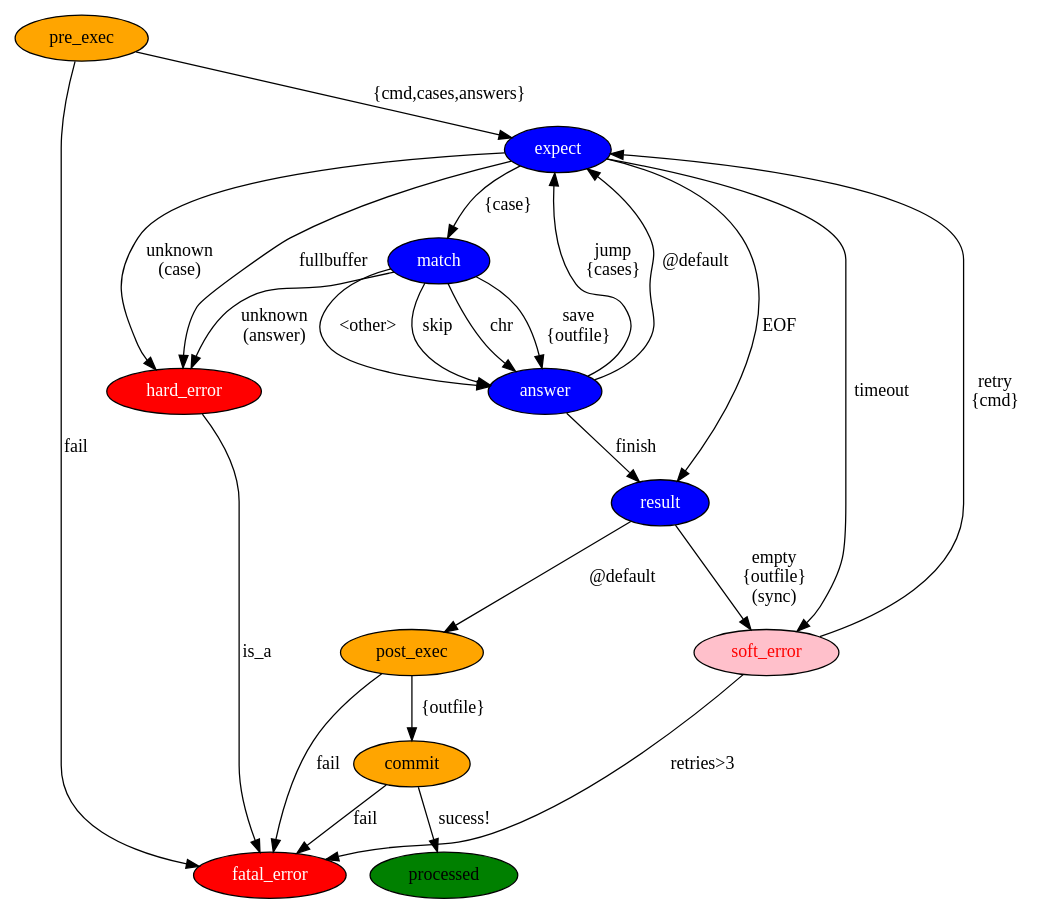
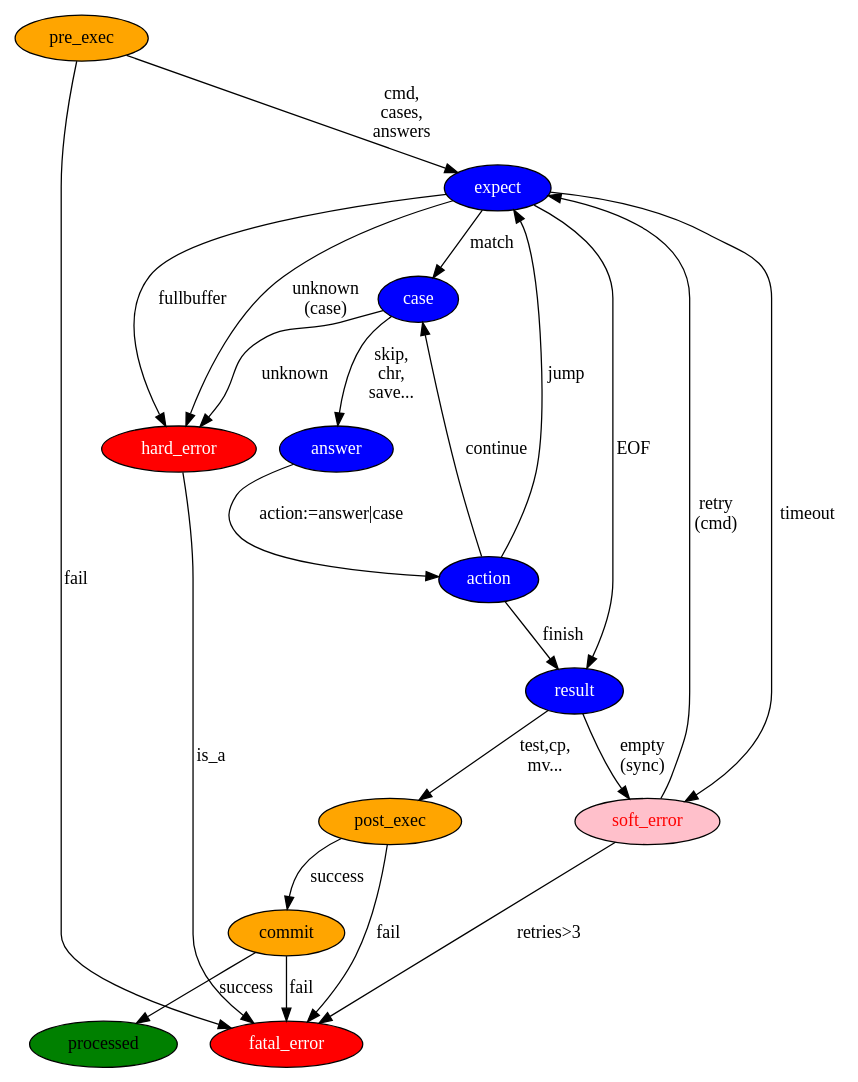
One commit to olafrv/netdump changed the diagram in doc/netdump.dot. Above: the diagram before and after it, drawn with Graphviz. The commit also changed 2 other files, not shown here.

Commit message:
Updated template graph

```diff
--- a/doc/netdump.dot
+++ b/doc/netdump.dot
@@ -1,51 +1,51 @@
 digraph template {
 
-	pre_exec -> expect [label="{cmd,cases,answers}"]
+	pre_exec -> expect [label="cmd,\ncases,\nanswers"]
 	pre_exec -> fatal_error [label="fail"]
 
-	result -> post_exec [label="@default"] 
+	result -> post_exec [label="test,cp,\nmv..."] 
 
-	post_exec -> commit [label="{outfile}"]
-	commit -> processed [label="sucess!"]
-  commit -> fatal_error [label="fail"]
+	post_exec -> commit [label="success"]
+	commit -> processed [label="success"]
+	commit -> fatal_error [label="fail"]
 
 	post_exec -> fatal_error [label="fail"]
 
 	expect -> hard_error [label="unknown\n(case)"]
 	expect -> hard_error [label="fullbuffer"]
 
 	expect -> soft_error [label="timeout"]
 
-  expect -> match [label="{case}"]
-  match -> hard_error [label="unknown\n(answer)"]
+	expect -> case [label="match"]
+	case -> hard_error [label="unknown"]
 
-	result -> soft_error [label="empty\n{outfile}\n(sync)"] 
+	result -> soft_error [label="empty\n(sync)"] 
 
-	soft_error -> expect [label="retry\n{cmd}"]
+	soft_error -> expect [label="retry\n(cmd)"]
 	soft_error -> fatal_error [label="retries>3"]
 	hard_error -> fatal_error [label="is_a"]
 
 	expect -> result [label="EOF"]
 	
-	match -> answer [label="skip"]
-	match -> answer [label="chr"]
-	match -> answer [label="save\n{outfile}"]
-	match -> answer [label="<other>"]
+	case -> answer [label="skip,\nchr,\nsave..."]
 
-	answer -> expect [label="jump\n{cases}"]
-  answer -> expect [label="@default"]
-  answer -> result[label="finish"]
+        answer -> action [label="action:=answer|case"]
+
+	action -> expect [label="jump"]
+        action -> case [label="continue"]
+	action -> result[label="finish"]
 	
 	pre_exec[style=filled,fillcolor=orange,fontcolor=black]
 	post_exec[style=filled,fillcolor=orange,fontcolor=black]
 	expect[style=filled,fillcolor=blue,fontcolor=white]
-	match[style=filled,fillcolor=blue,fontcolor=white]
+	action[style=filled,fillcolor=blue,fontcolor=white]
+	case[style=filled,fillcolor=blue,fontcolor=white]
 	answer[style=filled,fillcolor=blue,fontcolor=white]
 	result[style=filled,fillcolor=blue,fontcolor=white]
 	hard_error[style=filled,fillcolor=red,fontcolor=white]
 	soft_error[style=filled,fillcolor=pink,fontcolor=red]
 	fatal_error[style=filled,fillcolor=red,fontcolor=white]
 	commit[style=filled,fillcolor=orange,fontcolor=black]
 	processed[style=filled,fillcolor=green,fontcolor=black]
 	
 }
```
